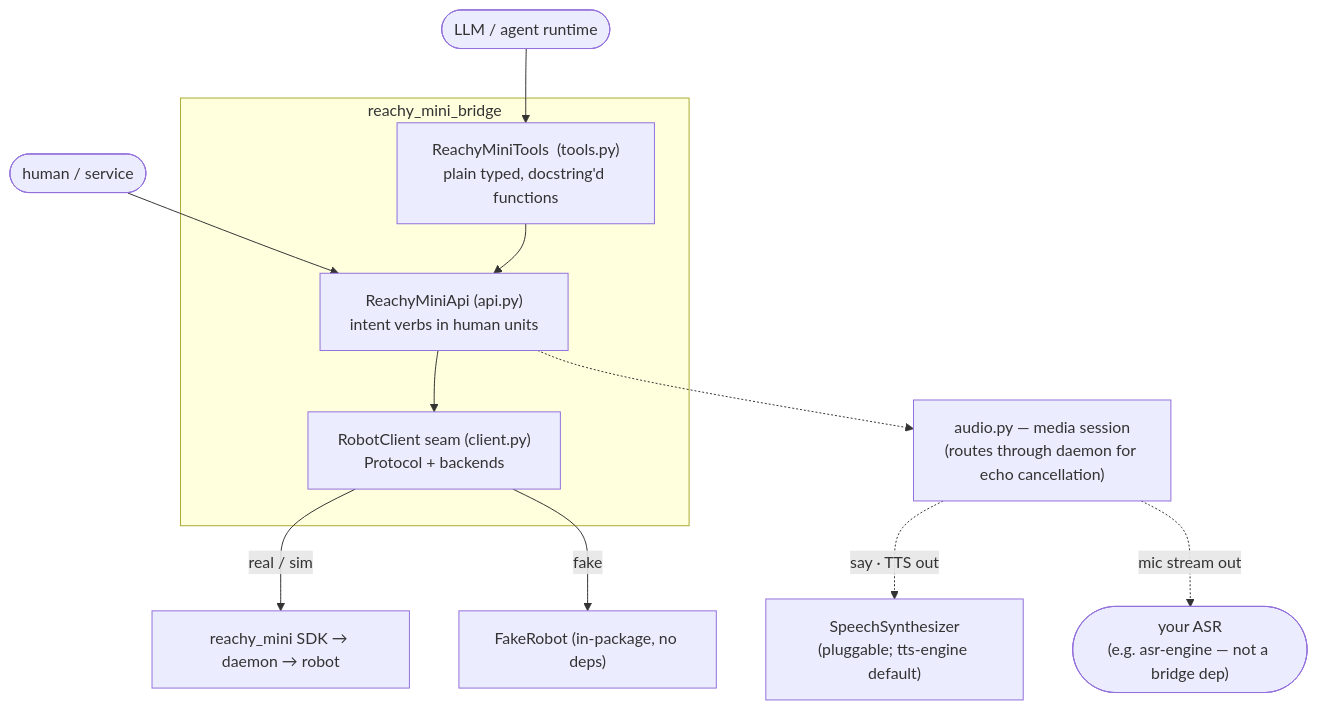
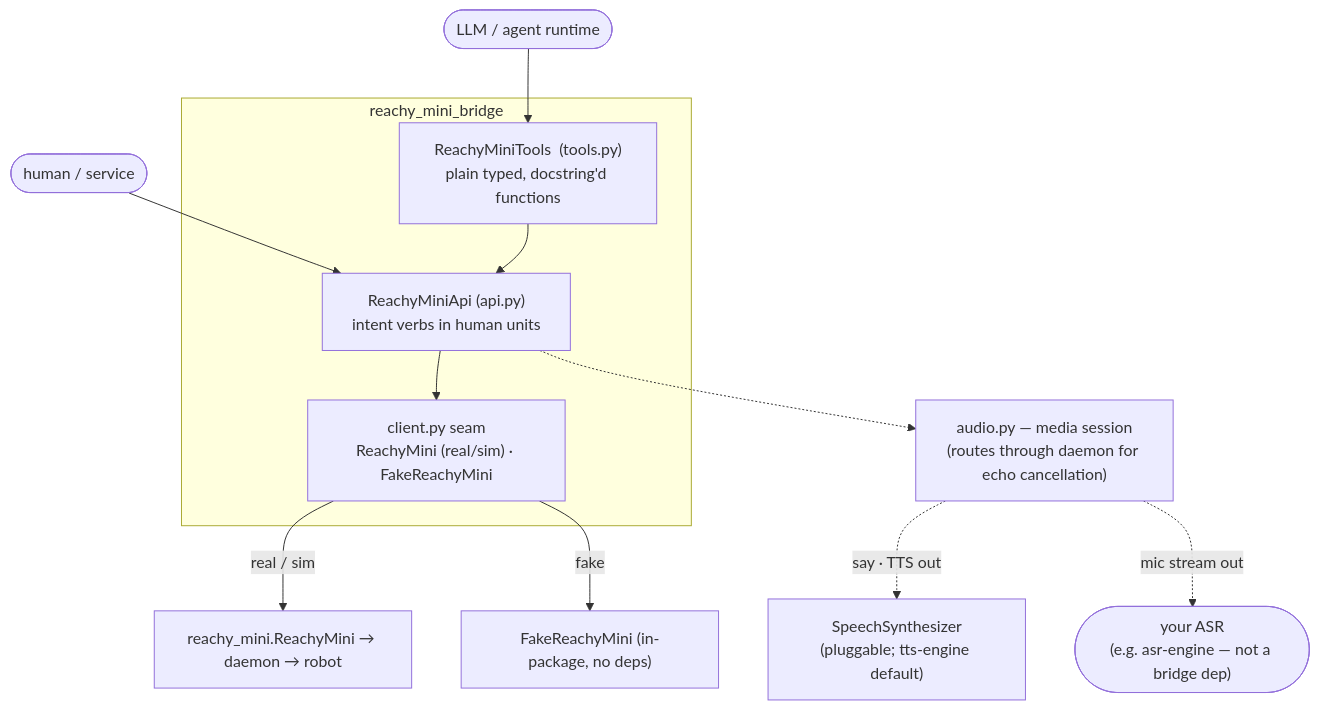
One commit to funwithagents/reachy-mini-bridge changed the diagram in specs/_overview.md. Above: the diagram before and after it, drawn with Mermaid. The commit also changed other lines of this file and 18 other files, not shown here.

First line of the commit message:
Build connection seam (client.py + FakeReachyMini); settle v1 specs

````diff
--- a/specs/_overview.md
+++ b/specs/_overview.md
@@ -13,16 +13,16 @@
 ```mermaid
 flowchart TD
     agent([LLM / agent runtime]) --> tools
     caller([human / service]) --> api
     subgraph bridge["reachy_mini_bridge"]
         tools["ReachyMiniTools  (tools.py)<br/>plain typed, docstring'd functions"]
         api["ReachyMiniApi  (api.py)<br/>intent verbs in human units"]
-        client["RobotClient seam  (client.py)<br/>Protocol + backends"]
+        client["client.py seam<br/>ReachyMini (real/sim) · FakeReachyMini"]
         tools --> api --> client
     end
-    client -->|real / sim| upstream["reachy_mini SDK → daemon → robot"]
-    client -->|fake| fake["FakeRobot (in-package, no deps)"]
+    client -->|real / sim| upstream["reachy_mini.ReachyMini → daemon → robot"]
+    client -->|fake| fake["FakeReachyMini (in-package, no deps)"]
     api -.-> audio["audio.py — media session<br/>(routes through daemon for echo cancellation)"]
     audio -.->|say · TTS out| synth["SpeechSynthesizer<br/>(pluggable; tts-engine default)"]
     audio -.->|mic stream out| yourasr(["your ASR<br/>(e.g. asr-engine — not a bridge dep)"])
 ```
````
